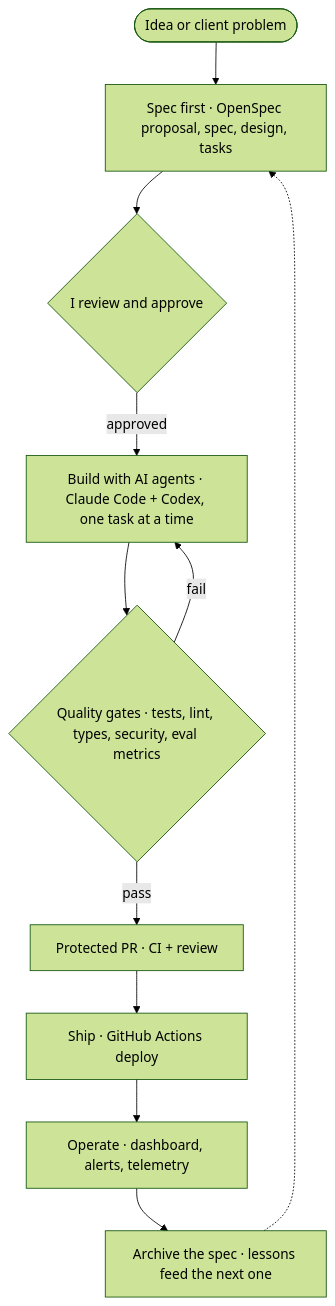
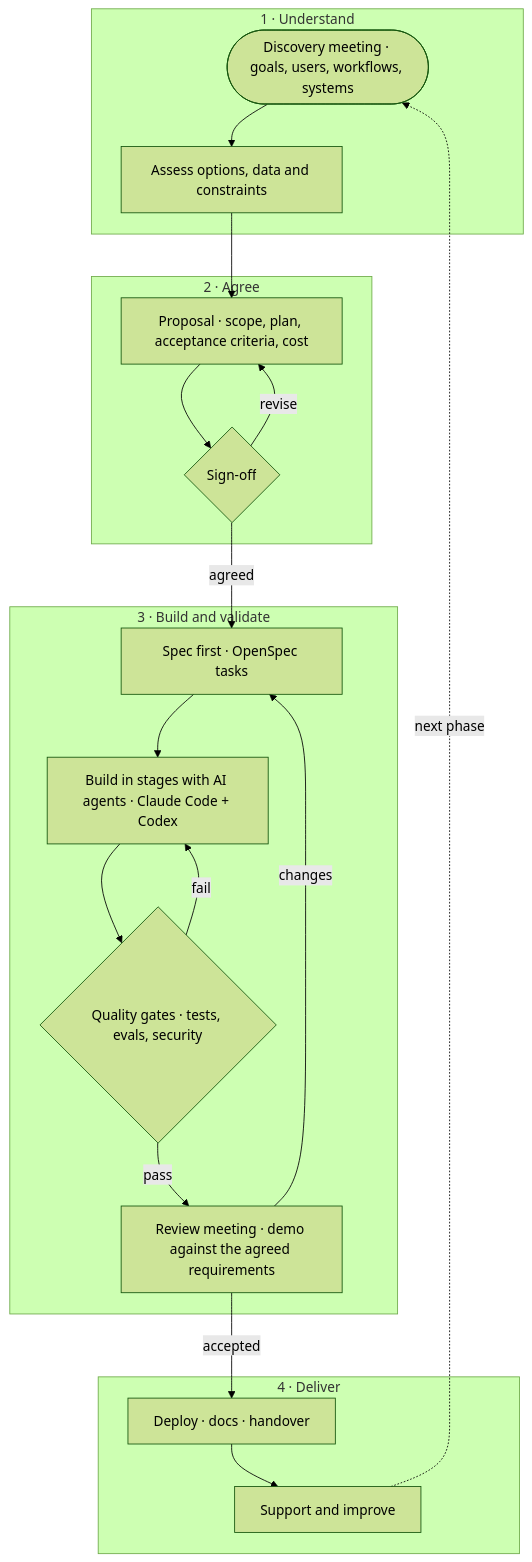
Before and after one commit to zaiddiab/zaiddiab: the diagram in README.md, drawn with Mermaid (forest theme). The commit also changed other lines of this file, not shown here.

Commit message:
README: How I work now covers discovery, proposal and review meetings

````diff
--- a/README.md
+++ b/README.md
@@ -30,13 +30,24 @@
 ```mermaid
 flowchart TD
-    I([Idea or client problem]) --> S["Spec first · OpenSpec proposal, spec, design, tasks"]
-    S --> A{"I review and approve"}
-    A -->|approved| B["Build with AI agents · Claude Code + Codex, one task at a time"]
-    B --> G{"Quality gates · tests, lint, types, security, eval metrics"}
-    G -->|fail| B
-    G -->|pass| R["Protected PR · CI + review"]
-    R --> D["Ship · GitHub Actions deploy"]
-    D --> O["Operate · dashboard, alerts, telemetry"]
-    O --> L["Archive the spec · lessons feed the next one"]
-    L -.-> S
+    subgraph U["1 · Understand"]
+        M(["Discovery meeting · goals, users, workflows, systems"]) --> A["Assess options, data and constraints"]
+    end
+    subgraph G["2 · Agree"]
+        P["Proposal · scope, plan, acceptance criteria, cost"] --> OK{"Sign-off"}
+    end
+    subgraph B["3 · Build and validate"]
+        S["Spec first · OpenSpec tasks"] --> X["Build in stages with AI agents · Claude Code + Codex"]
+        X --> Q{"Quality gates · tests, evals, security"}
+        Q -->|fail| X
+        Q -->|pass| R["Review meeting · demo against the agreed requirements"]
+        R -->|changes| S
+    end
+    subgraph D["4 · Deliver"]
+        H["Deploy · docs · handover"] --> O["Support and improve"]
+    end
+    A --> P
+    OK -->|revise| P
+    OK -->|agreed| S
+    R -->|accepted| H
+    O -.->|next phase| M
 ```
````
